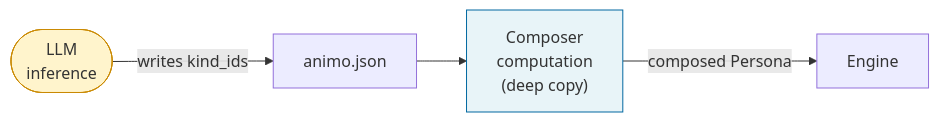
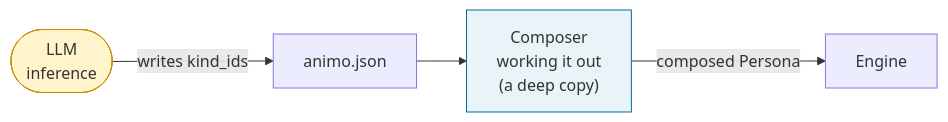
Before and after one commit to hiroxpepe/animo: diagram 13 of 56 in docs/animo_spec.md, drawn with Mermaid. The commit also changed other lines of this file, not shown here.

Commit message:
fix: Update the mermaid diagram text to fit Basic English

````diff
--- a/docs/animo_spec.md
+++ b/docs/animo_spec.md
@@ -698,8 +698,8 @@
 ```mermaid
 flowchart LR
   LLM(["LLM<br/>inference"]) -->|"writes kind_ids"| JSON["animo.json"]
-  JSON --> Comp["Composer<br/>computation<br/>(deep copy)"]
+  JSON --> Comp["Composer<br/>working it out<br/>(a deep copy)"]
   Comp -->|"composed Persona"| Engine
   style LLM fill:#fff4cc,stroke:#ca8a04
   style Comp fill:#e8f4f8,stroke:#0369a1
 ```
````
